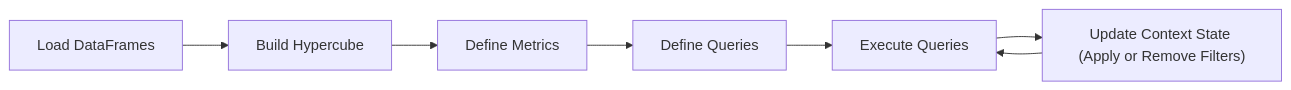
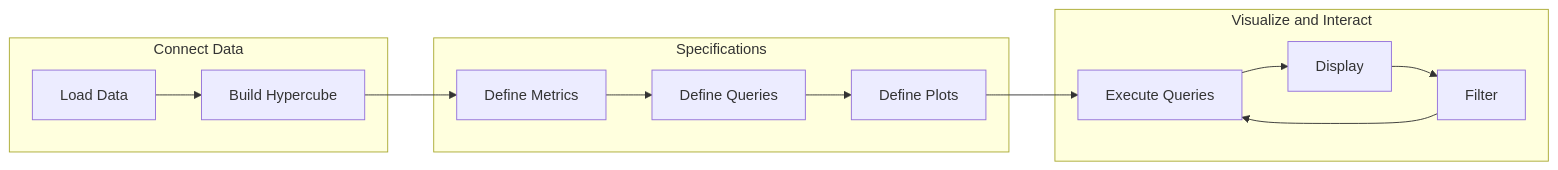
One commit to cube-alchemy/cube-alchemy changed the diagram in README.md. Above: the diagram before and after it, drawn with Mermaid. The commit also changed other lines of this file and 5 other files, not shown here.

Commit message:
UML and refactor

````diff
--- a/README.md
+++ b/README.md
@@ -45,9 +45,20 @@
 ```mermaid
 flowchart LR
-  A["Load DataFrames"] --> B["Build Hypercube"]
-  B --> C["Define Metrics"]
-  C --> D["Define Queries"]
-  D --> E["Execute Queries"]
-  E --> F["Update Context State (Apply or Remove Filters)"]
-  F --> E
+
+  subgraph S1["Connect Data"]
+    A1["Load Data"] --> A2["Build Hypercube"]
+  end
+
+  subgraph S2["Specifications"]
+    B1["Define Metrics"] --> B2["Define Queries"] --> B3["Define Plots"]
+  end
+
+  subgraph S3["Visualize and Interact"]
+    C1["Execute Queries"] --> C2["Display"]
+    C2 --> C3["Filter"]
+    C3 --> C1
+  end
+
+  A2 --> B1
+  B3 --> C1
 ```
````
